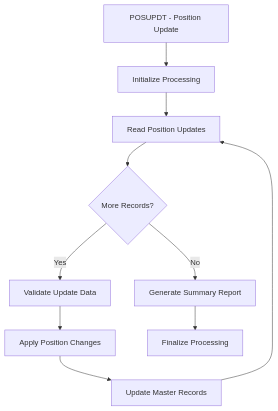
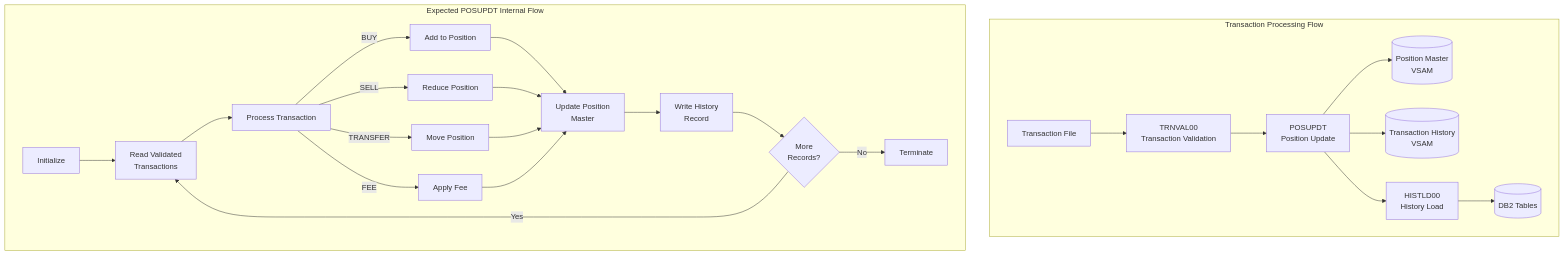
Before and after one commit to haladir-com/legacy-benchmark-docs-vb70e1: the diagram in docs/programs/POSUPDT.mdx, drawn with Mermaid. The commit also changed other lines of this file and 64 other files, not shown here.

````diff
--- a/docs/programs/POSUPDT.mdx
+++ b/docs/programs/POSUPDT.mdx
@@ -16,12 +29,28 @@
 ```mermaid
 graph TD
-    A[POSUPDT - Position Update] --> B[Initialize Processing]
-    B --> C[Read Position Updates]
-    C --> D{More Records?}
-    D -->|Yes| E[Validate Update Data]
-    E --> F[Apply Position Changes]
-    F --> G[Update Master Records]
-    G --> C
-    D -->|No| H[Generate Summary Report]
-    H --> I[Finalize Processing]
+    subgraph "Transaction Processing Flow"
+        TF[Transaction File] --> TV[TRNVAL00<br/>Transaction Validation]
+        TV --> PU[POSUPDT<br/>Position Update]
+        PU --> PM[(Position Master<br/>VSAM)]
+        PU --> TH[(Transaction History<br/>VSAM)]
+        PU --> HL[HISTLD00<br/>History Load]
+        HL --> DB[(DB2 Tables)]
+    end
+    
+    subgraph "Expected POSUPDT Internal Flow"
+        INIT[Initialize] --> READ[Read Validated<br/>Transactions]
+        READ --> PROC[Process Transaction]
+        PROC --> |BUY| BUY[Add to Position]
+        PROC --> |SELL| SELL[Reduce Position]
+        PROC --> |TRANSFER| TRAN[Move Position]
+        PROC --> |FEE| FEE[Apply Fee]
+        BUY --> UPD[Update Position<br/>Master]
+        SELL --> UPD
+        TRAN --> UPD
+        FEE --> UPD
+        UPD --> HIST[Write History<br/>Record]
+        HIST --> NEXT{More<br/>Records?}
+        NEXT --> |Yes| READ
+        NEXT --> |No| TERM[Terminate]
+    end
 ```
````
